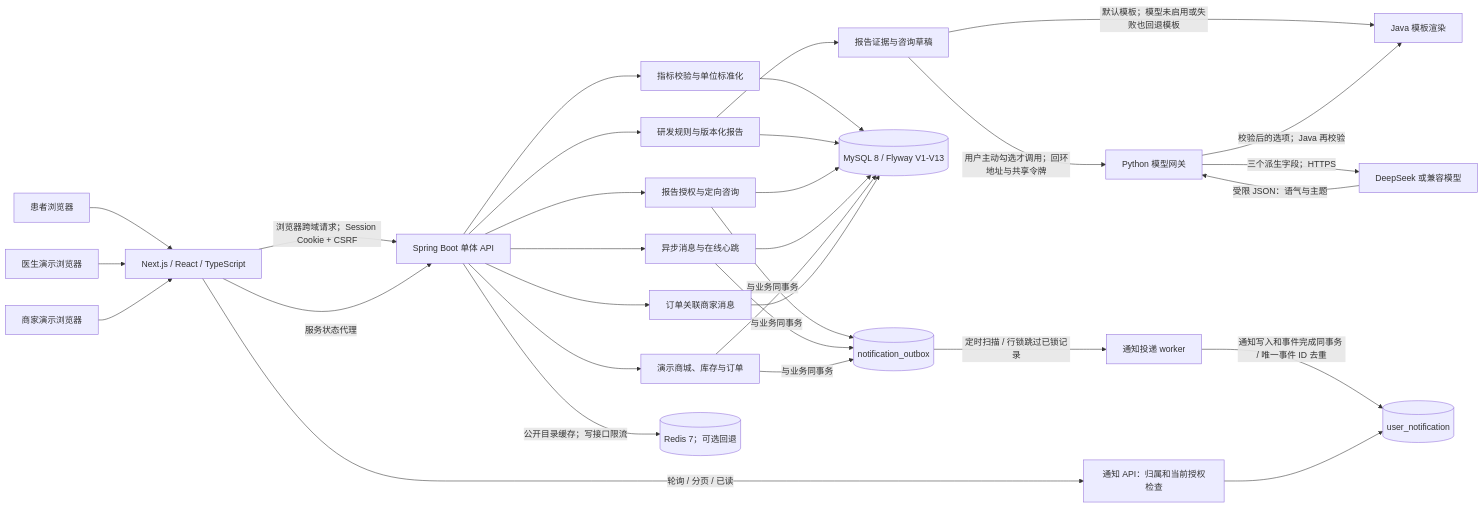
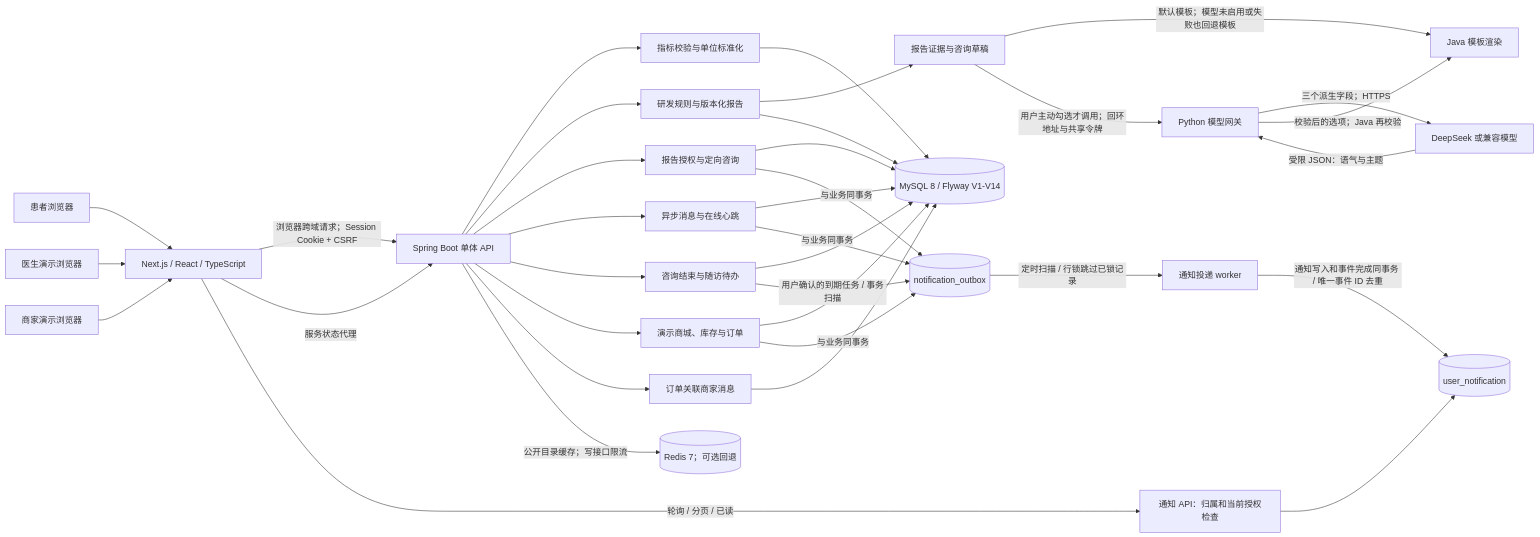
One commit to mxxx-account/JWZZ changed the diagram in docs/architecture.md. Above: the diagram before and after it, drawn with Mermaid. The commit also changed other lines of this file and 27 other files, not shown here.

````diff
--- a/docs/architecture.md
+++ b/docs/architecture.md
@@ -5,27 +5,30 @@
 ```mermaid
 flowchart LR
   U[患者浏览器] --> N[Next.js / React / TypeScript]
   D[医生演示浏览器] --> N
   S[商家演示浏览器] --> N
   N -->|浏览器跨域请求；Session Cookie + CSRF| A[Spring Boot 单体 API]
   N -->|服务状态代理| A
   A --> I[指标校验与单位标准化]
   A --> R[研发规则与版本化报告]
   R --> P[报告证据与咨询草稿]
   P -->|默认模板；模型未启用或失败也回退模板| T[Java 模板渲染]
   P -->|用户主动勾选才调用；回环地址与共享令牌| PY[Python 模型网关]
   PY -->|三个派生字段；HTTPS| LLM[DeepSeek 或兼容模型]
   LLM -->|受限 JSON：语气与主题| PY
   PY -->|校验后的选项；Java 再校验| T
   A --> G[报告授权与定向咨询]
   A --> M[异步消息与在线心跳]
+  A --> F[咨询结束与随访待办]
+  F --> SQL
+  F -->|用户确认的到期任务 / 事务扫描| O
   A --> C[演示商城、库存与订单]
   A --> SM[订单关联商家消息]
-  I & R & G & M & C & SM --> SQL[(MySQL 8 / Flyway V1-V13)]
+  I & R & G & M & C & SM --> SQL[(MySQL 8 / Flyway V1-V14)]
   G & M & C -->|与业务同事务| O[(notification_outbox)]
   O -->|定时扫描 / 行锁跳过已锁记录| W[通知投递 worker]
   W -->|通知写入和事件完成同事务 / 唯一事件 ID 去重| NI[(user_notification)]
   N -->|轮询 / 分页 / 已读| NA[通知 API：归属和当前授权检查]
   NA --> NI
   A -->|公开目录缓存；写接口限流| REDIS[(Redis 7；可选回退)]
 ```
````
